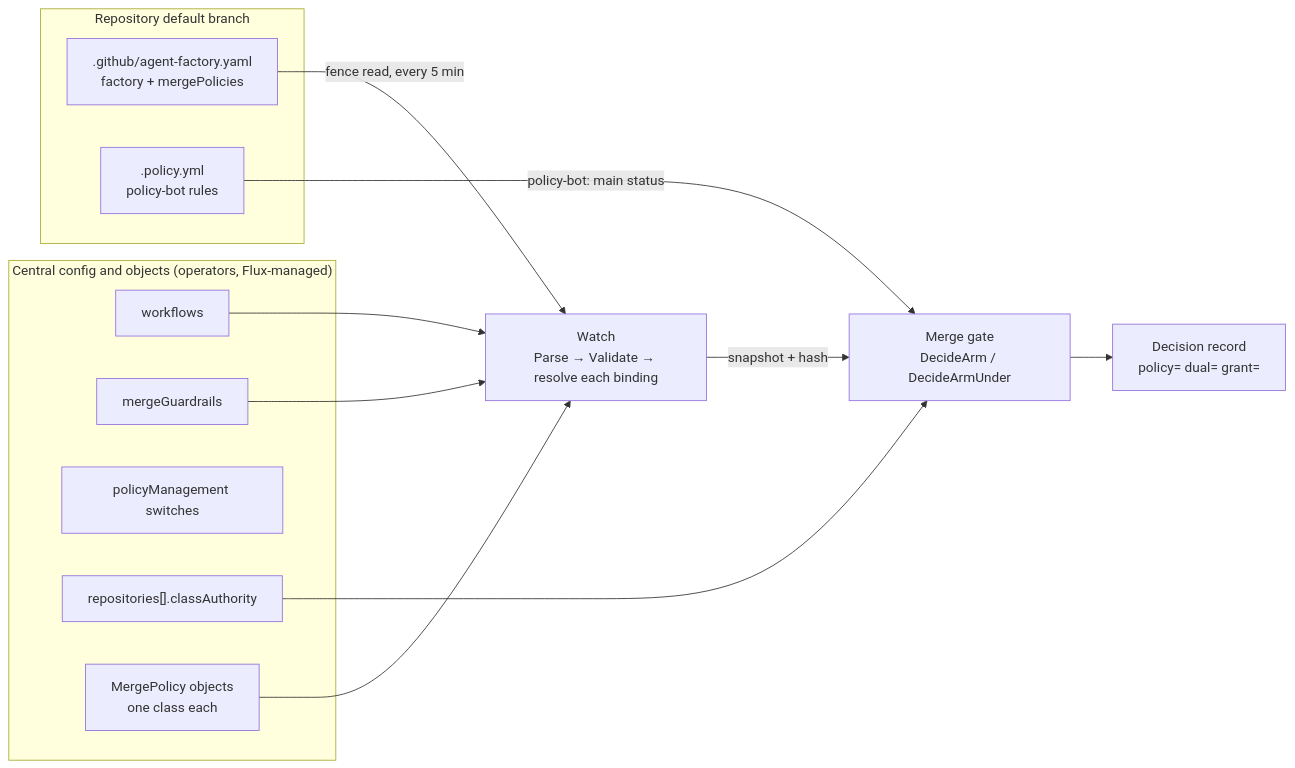
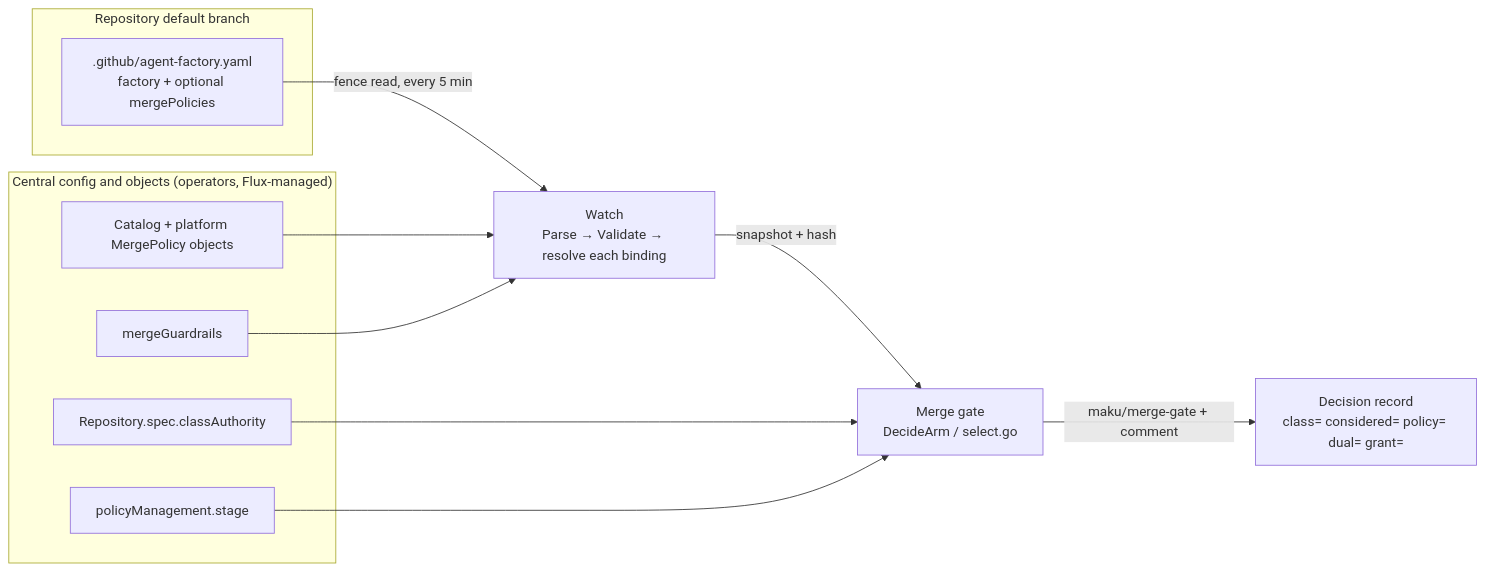
Before and after one commit to Smana/maku: the first of 5 diagrams in docs/merge-policies.md, drawn with Mermaid. The commit also changed other lines of this file and 113 other files, not shown here.

````diff
--- a/docs/merge-policies.md
+++ b/docs/merge-policies.md
@@ -132,22 +163,19 @@
 ```mermaid
 flowchart LR
   subgraph central["Central config and objects (operators, Flux-managed)"]
-    hp["workflows"]
     mg["mergeGuardrails"]
-    pm["policyManagement switches"]
-    ca["repositories[].classAuthority"]
-    mp["MergePolicy objects<br/>one class each"]
+    pm["policyManagement.stage"]
+    ca["Repository.spec.classAuthority"]
+    cat["Catalog + platform MergePolicy objects"]
   end
   subgraph repo["Repository default branch"]
-    file[".github/agent-factory.yaml<br/>factory + mergePolicies"]
-    pb[".policy.yml<br/>policy-bot rules"]
+    file[".github/agent-factory.yaml<br/>factory + optional mergePolicies"]
   end
   file -->|"fence read, every 5 min"| watch["Watch<br/>Parse → Validate → resolve each binding"]
-  mp --> watch
-  hp --> watch
+  cat --> watch
   mg --> watch
-  watch -->|"snapshot + hash"| gate["Merge gate<br/>DecideArm / DecideArmUnder"]
+  watch -->|"snapshot + hash"| gate["Merge gate<br/>DecideArm / select.go"]
   ca --> gate
-  pb -->|"policy-bot: main status"| gate
-  gate --> record["Decision record<br/>policy= dual= grant="]
+  pm --> gate
+  gate -->|"maku/merge-gate + comment"| record["Decision record<br/>class= considered= policy= dual= grant="]
 ```
````
